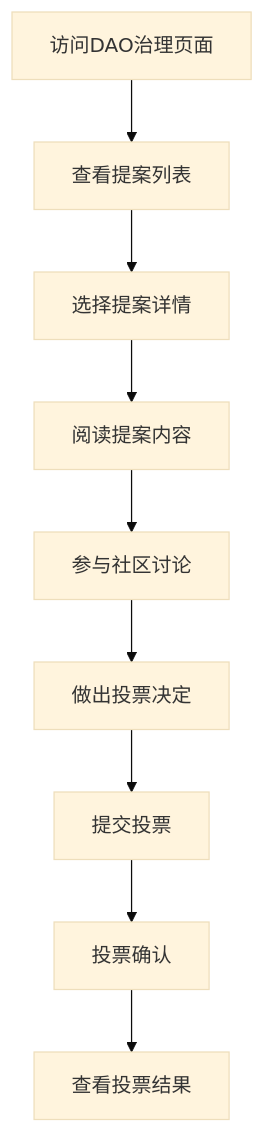
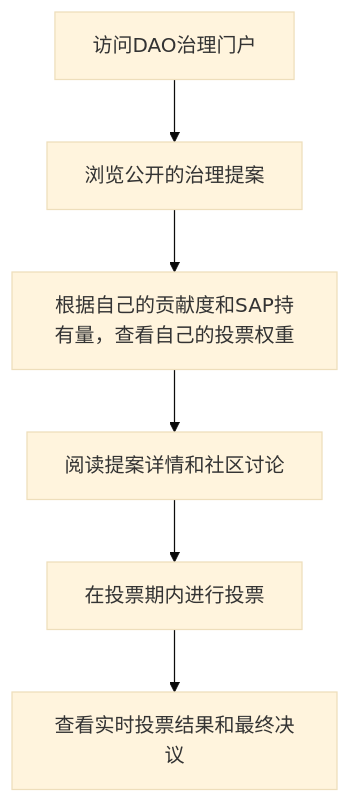
The fifth of 8 diagrams in docs/PRD.md (mingdw/sapmall), drawn with Mermaid (base theme) before and after one commit. The commit also changed other lines of this file and 25 other files, not shown here.

````diff
--- a/docs/PRD.md
+++ b/docs/PRD.md
@@ -1580,11 +997,8 @@
 ```mermaid
 graph TD
-    A[访问DAO治理页面] --> B[查看提案列表]
-    B --> C[选择提案详情]
-    C --> D[阅读提案内容]
-    D --> E[参与社区讨论]
-    E --> F[做出投票决定]
-    F --> G[提交投票]
-    G --> H[投票确认]
-    H --> I[查看投票结果]
+    A[访问DAO治理门户] --> B[浏览公开的治理提案]
+    B --> C[根据自己的贡献度和SAP持有量，查看自己的投票权重]
+    C --> D[阅读提案详情和社区讨论]
+    D --> E[在投票期内进行投票]
+    E --> F[查看实时投票结果和最终决议]
 ```
````
